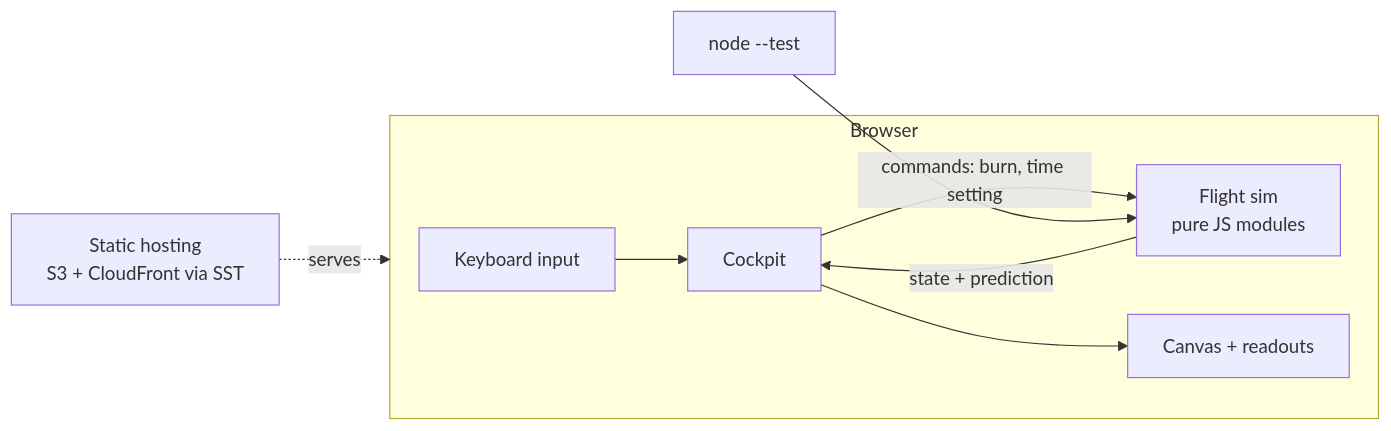
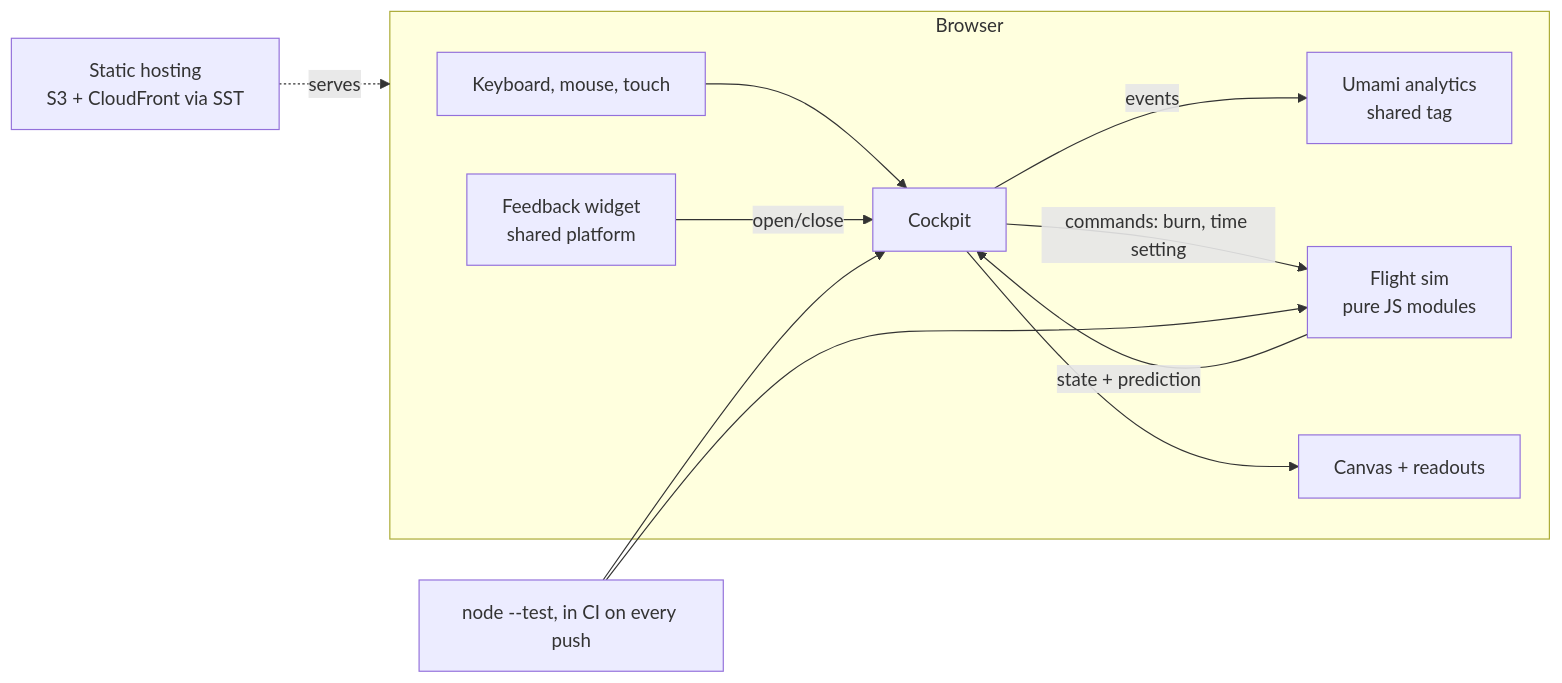
The diagram in docs/high-level-design.md (andreizimin/slingshot), drawn with Mermaid before and after one commit. The commit also changed other lines of this file and 17 other files, not shown here.

First line of the commit message:
Beta: analytics, feedback, cockpit tests, CI, hidden tuner, docs

````diff
--- a/docs/high-level-design.md
+++ b/docs/high-level-design.md
@@ -62,11 +61,14 @@
 ```mermaid
 flowchart LR
   subgraph Browser
-    Input[Keyboard input] --> Cockpit
+    Input[Keyboard, mouse, touch] --> Cockpit
+    Cockpit -- events --> Umami[Umami analytics\nshared tag]
+    Feedback[Feedback widget\nshared platform] -- open/close --> Cockpit
     Cockpit -- commands: burn, time setting --> Sim[Flight sim\npure JS modules]
     Sim -- state + prediction --> Cockpit
     Cockpit --> Canvas[Canvas + readouts]
   end
-  Tests[node --test] --> Sim
+  Tests[node --test, in CI on every push] --> Sim
+  Tests --> Cockpit
   Hosting[Static hosting\nS3 + CloudFront via SST] -. serves .-> Browser
 ```
````
